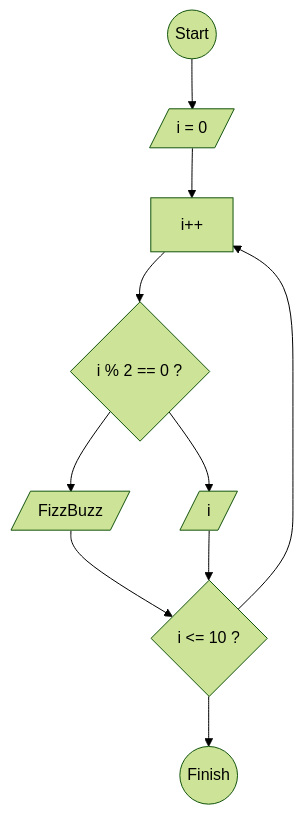
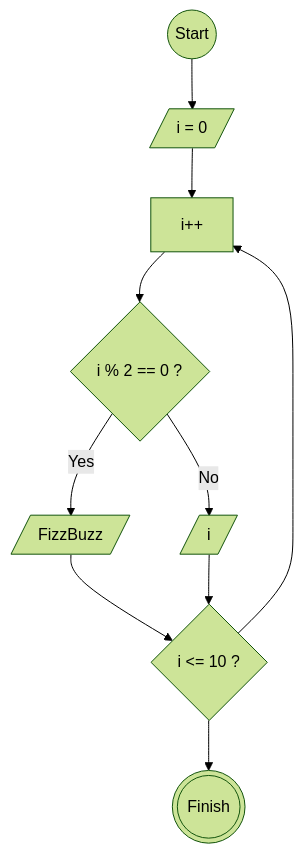
One commit to icangku/koda-b1-algoritma changed the second of 2 diagrams in koda-b1-deskriptif-algoritma-looping.md. Above: the diagram before and after it, drawn with Mermaid (forest theme).

Commit message:
fix: Update flowchart shapes in looping algorithm

````diff
--- a/koda-b1-deskriptif-algoritma-looping.md
+++ b/koda-b1-deskriptif-algoritma-looping.md
@@ -39,16 +39,16 @@
 ```mermaid
 flowchart TD
 
 A@{shape: circle, label: 'Start'}
 B@{shape: lean-r, label: 'i = 0'}
 C@{shape: diamond, label: 'i <= 10 ?'}
 D@{shape: rectangle, label: 'i++'}
 E@{shape: diamond, label: 'i % 2 == 0 ?'}
 F@{shape: lean-r, label: 'FizzBuzz'}
 G@{shape: lean-r, label: 'i'}
-H@{shape: circle, label: 'Finish'}
+H@{shape: dbl-circ, label: 'Finish'}
 
-A --> B --> D --> E --> F --> C
-E --> G --> C --> D
+A --> B --> D --> E -->|Yes| F --> C
+E --> |No| G --> C --> D
 C --> H
 ```
````
